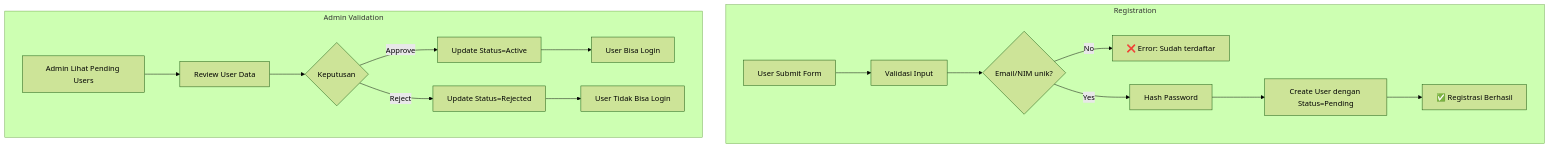
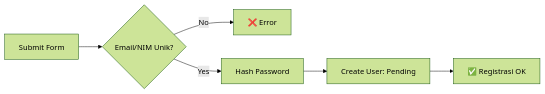
The tenth of 23 diagrams in docs/backend/BACKEND.md (akhdanyafi/lab_uai_from_asyraf), drawn with Mermaid (forest theme) before and after one commit. The commit also changed other lines of this file, not shown here.

````diff
--- a/docs/backend/BACKEND.md
+++ b/docs/backend/BACKEND.md
@@ -290,20 +314,8 @@
 ```mermaid
-flowchart TD
-    subgraph "Registration"
-        A[User Submit Form] --> B[Validasi Input]
-        B --> C{Email/NIM unik?}
-        C -->|No| D[❌ Error: Sudah terdaftar]
-        C -->|Yes| E[Hash Password]
-        E --> F[Create User dengan Status=Pending]
-        F --> G[✅ Registrasi Berhasil]
-    end
-    
-    subgraph "Admin Validation"
-        H[Admin Lihat Pending Users] --> I[Review User Data]
-        I --> J{Keputusan}
-        J -->|Approve| K[Update Status=Active]
-        J -->|Reject| L[Update Status=Rejected]
-        K --> M[User Bisa Login]
-        L --> N[User Tidak Bisa Login]
-    end
+flowchart LR
+    A[Submit Form] --> B{Email/NIM Unik?}
+    B -->|No| C[❌ Error]
+    B -->|Yes| D[Hash Password]
+    D --> E[Create User: Pending]
+    E --> F[✅ Registrasi OK]
 ```
````
